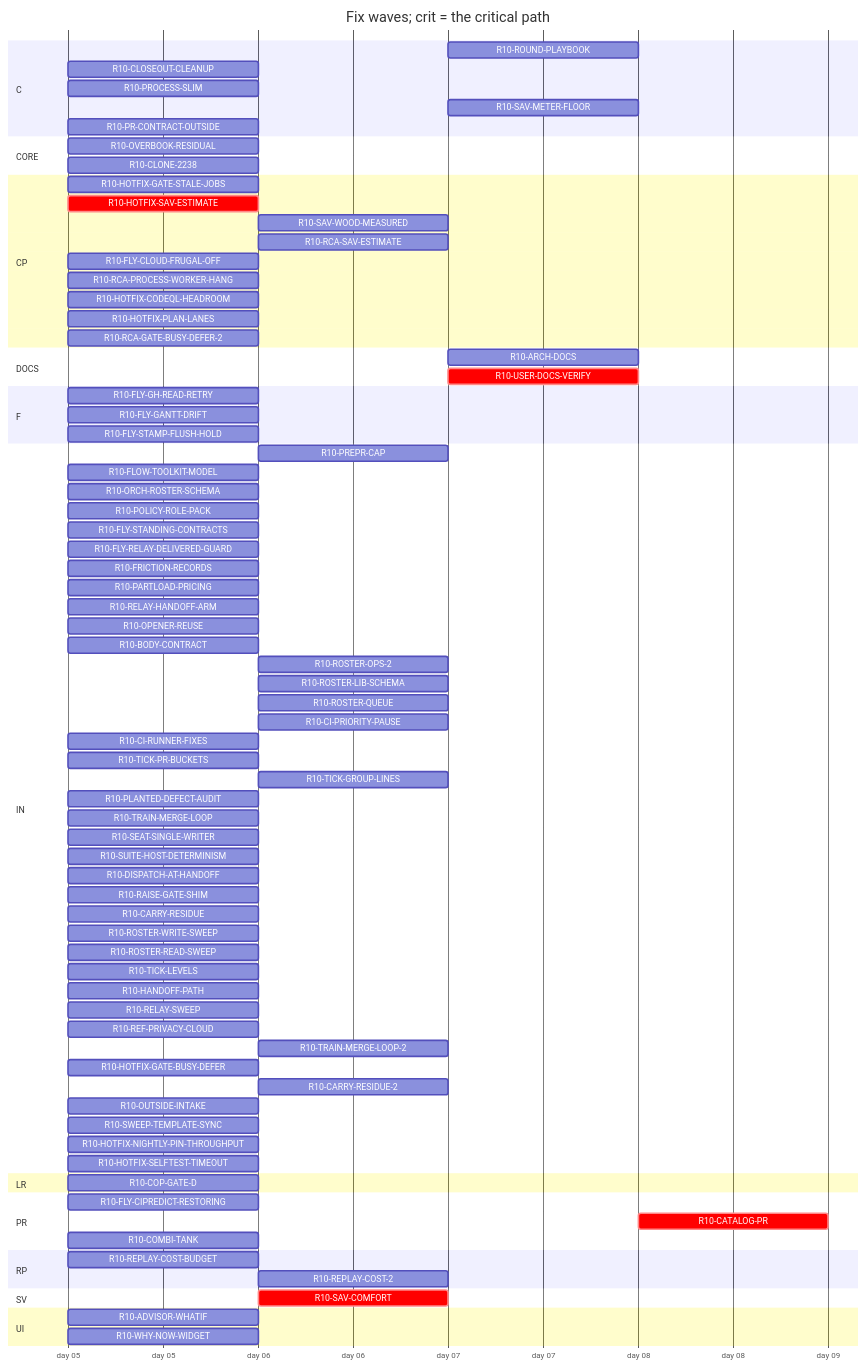
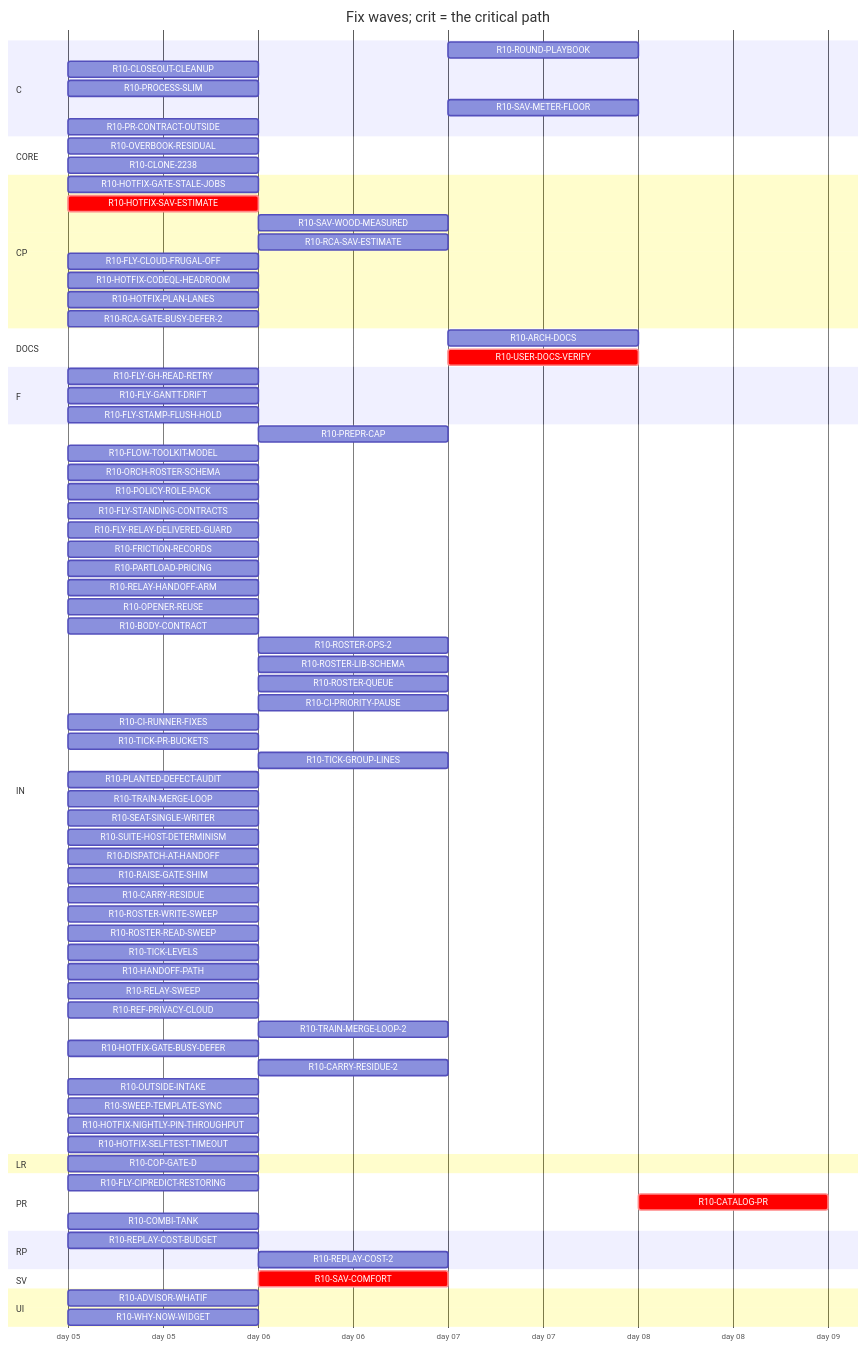
Before and after one commit to tvofi/heatpump_optimizer: the diagram in handoff/round10/state/PLAN-TABLE.md, drawn with Mermaid. The commit also changed other lines of this file and 3 other files, not shown here.

Commit message:
state: FLOW-BOARD.md, NEXT-SESSION-PROMPT.md, PLAN-TABLE.md, RESUME-CURRENT.md regenerated (state_docs.py)

```diff
--- a/handoff/round10/state/PLAN-TABLE.md
+++ b/handoff/round10/state/PLAN-TABLE.md
@@ -41,7 +41,6 @@
     R10-SAV-WOOD-MEASURED :r10SAVWOODMEASURED, after r10HOTFIXSAVESTIMATE, 1d
     R10-RCA-SAV-ESTIMATE :r10RCASAVESTIMATE, after r10HOTFIXSAVESTIMATE, 1d
     R10-FLY-CLOUD-FRUGAL-OFF :r10FLYCLOUDFRUGALOFF, 2026-01-05, 1d
-    R10-RCA-PROCESS-WORKER-HANG :r10RCAPROCESSWORKERHANG, 2026-01-05, 1d
     R10-HOTFIX-CODEQL-HEADROOM :r10HOTFIXCODEQLHEADROOM, 2026-01-05, 1d
     R10-HOTFIX-PLAN-LANES :r10HOTFIXPLANLANES, 2026-01-05, 1d
     R10-RCA-GATE-BUSY-DEFER-2 :r10RCAGATEBUSYDEFER2, 2026-01-05, 1d
```
